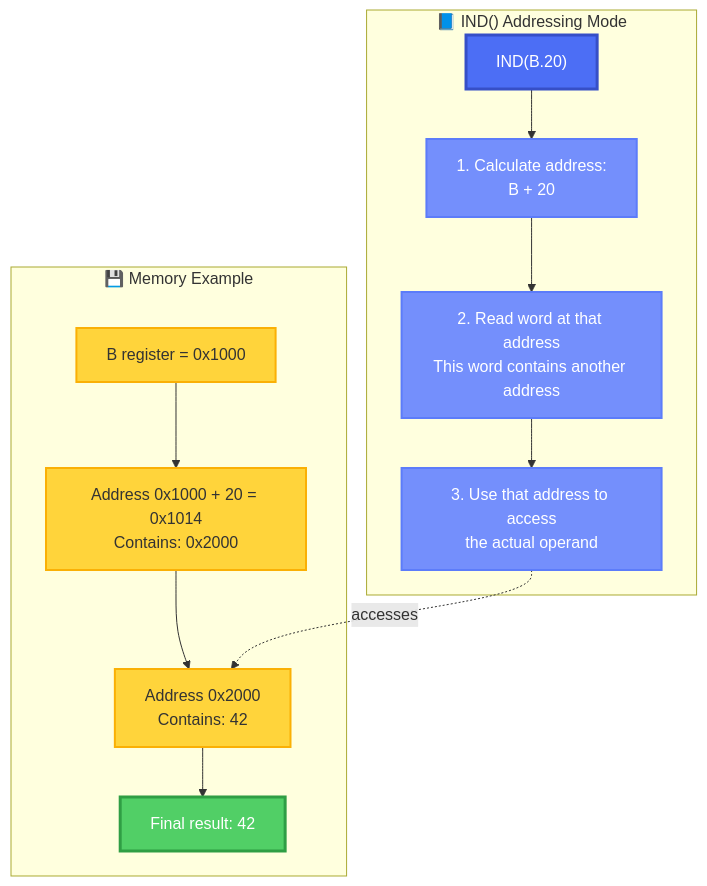
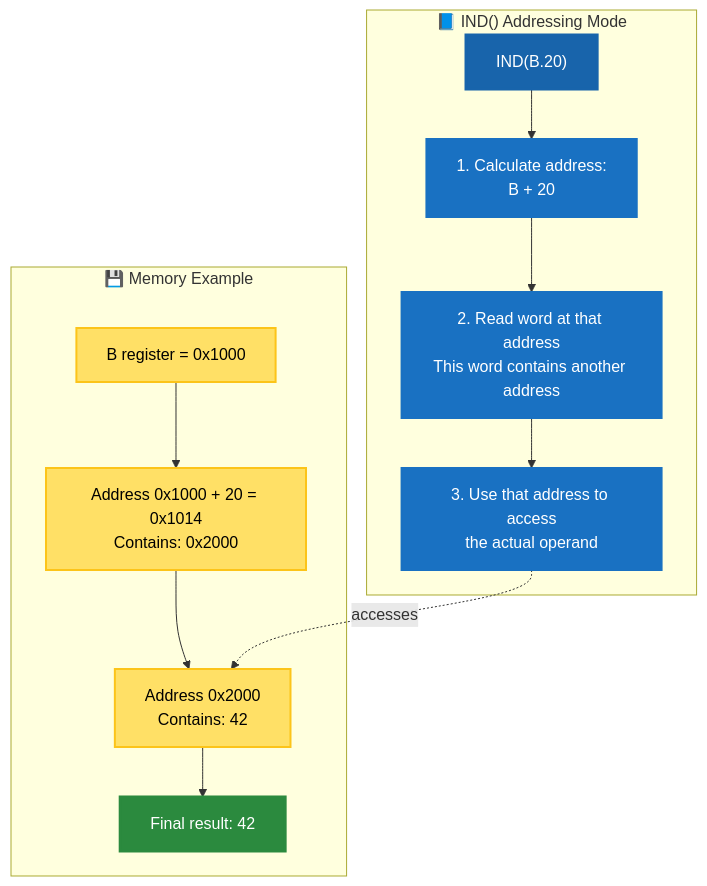
One commit to RetroCoreLabs/nd500x changed the third of 25 diagrams in docs/CALL_and_ENTRY_Points_Explained.md. Above: the diagram before and after it, drawn with Mermaid. The commit also changed other lines of this file, not shown here.

First line of the commit message:
docs: Make Mermaid diagrams WCAG 2.1 Level AA compliant (EAA 2025)

````diff
--- a/docs/CALL_and_ENTRY_Points_Explained.md
+++ b/docs/CALL_and_ENTRY_Points_Explained.md
@@ -66,25 +66,25 @@
 ```mermaid
 graph TD
     subgraph "📘 IND() Addressing Mode"
         Start["IND(B.20)"] --> Step1["1. Calculate address:<br/>B + 20"]
         Step1 --> Step2["2. Read word at that address<br/>This word contains another address"]
         Step2 --> Step3["3. Use that address to access<br/>the actual operand"]
     end
 
     subgraph "💾 Memory Example"
         M1["B register = 0x1000"] --> M2["Address 0x1000 + 20 = 0x1014<br/>Contains: 0x2000"]
         M2 --> M3["Address 0x2000<br/>Contains: 42"]
         M3 --> Result["Final result: 42"]
     end
 
     Step3 -.->|"accesses"| M3
 
-    style Start fill:#4c6ef5,stroke:#364fc7,stroke-width:3px,color:#fff
-    style Step1 fill:#748ffc,stroke:#5c7cfa,stroke-width:2px,color:#fff
-    style Step2 fill:#748ffc,stroke:#5c7cfa,stroke-width:2px,color:#fff
-    style Step3 fill:#748ffc,stroke:#5c7cfa,stroke-width:2px,color:#fff
-    style M1 fill:#ffd43b,stroke:#fab005,stroke-width:2px
-    style M2 fill:#ffd43b,stroke:#fab005,stroke-width:2px
-    style M3 fill:#ffd43b,stroke:#fab005,stroke-width:2px
-    style Result fill:#51cf66,stroke:#2f9e44,stroke-width:3px,color:#fff
+    style Start fill:#1864ab,stroke:#1864ab,stroke-width:3px,color:#fff
+    style Step1 fill:#1971c2,stroke:#1971c2,stroke-width:2px,color:#fff
+    style Step2 fill:#1971c2,stroke:#1971c2,stroke-width:2px,color:#fff
+    style Step3 fill:#1971c2,stroke:#1971c2,stroke-width:2px,color:#fff
+    style M1 fill:#ffe066,stroke:#fcc419,stroke-width:2px,color:#000
+    style M2 fill:#ffe066,stroke:#fcc419,stroke-width:2px,color:#000
+    style M3 fill:#ffe066,stroke:#fcc419,stroke-width:2px,color:#000
+    style Result fill:#2b8a3e,stroke:#2b8a3e,stroke-width:3px,color:#fff
 ```
````
